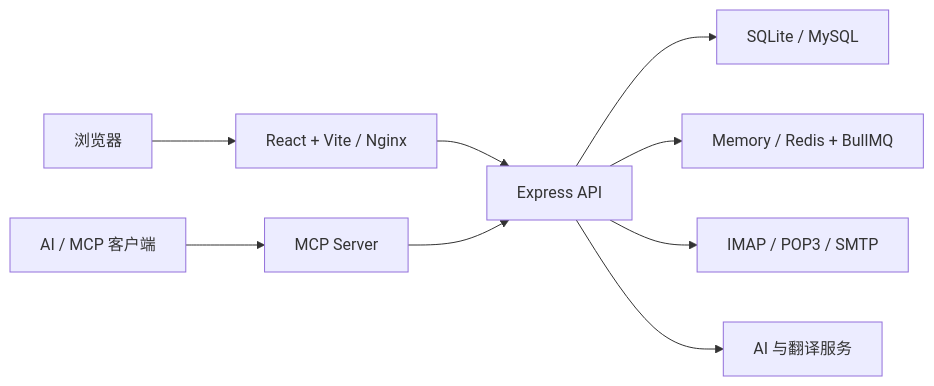
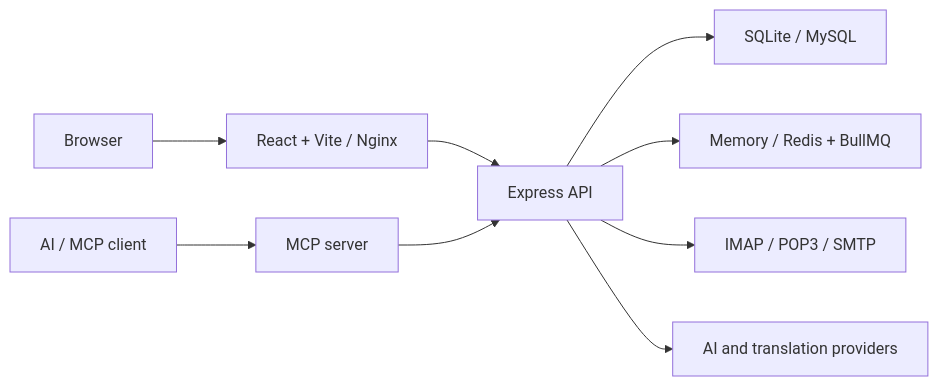
One commit to guozhijian611/submail changed the diagram in README.md. Above: the diagram before and after it, drawn with Mermaid. The commit also changed other lines of this file and 16 other files, not shown here.

````diff
--- a/README.md
+++ b/README.md
@@ -29,11 +180,11 @@
 ```mermaid
 flowchart LR
-  Browser["浏览器"] --> Web["React + Vite / Nginx"]
-  Agent["AI / MCP 客户端"] --> MCP["MCP Server"]
+  Browser["Browser"] --> Web["React + Vite / Nginx"]
+  Agent["AI / MCP client"] --> MCP["MCP server"]
   Web --> API["Express API"]
   MCP --> API
   API --> DB["SQLite / MySQL"]
   API --> Queue["Memory / Redis + BullMQ"]
   API --> Mail["IMAP / POP3 / SMTP"]
-  API --> Services["AI 与翻译服务"]
+  API --> Services["AI and translation providers"]
 ```
````
